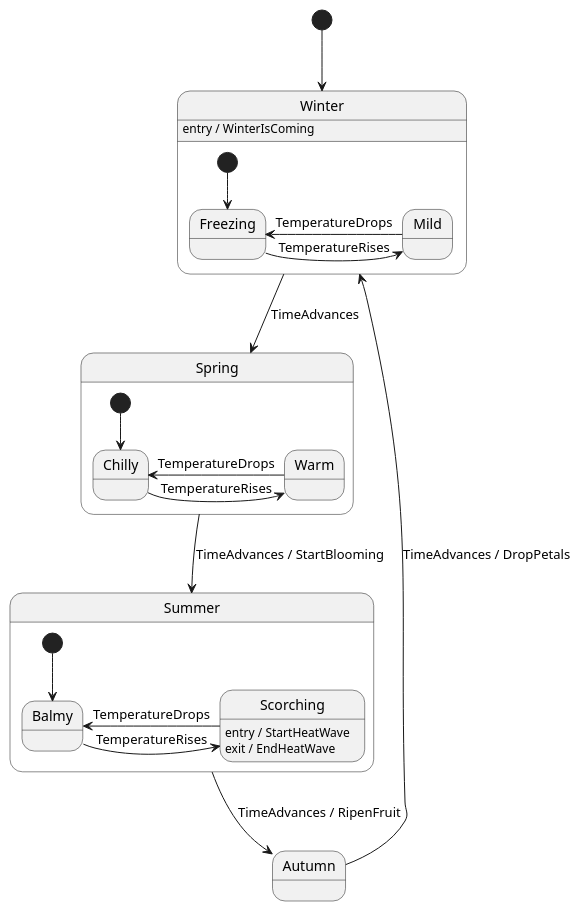
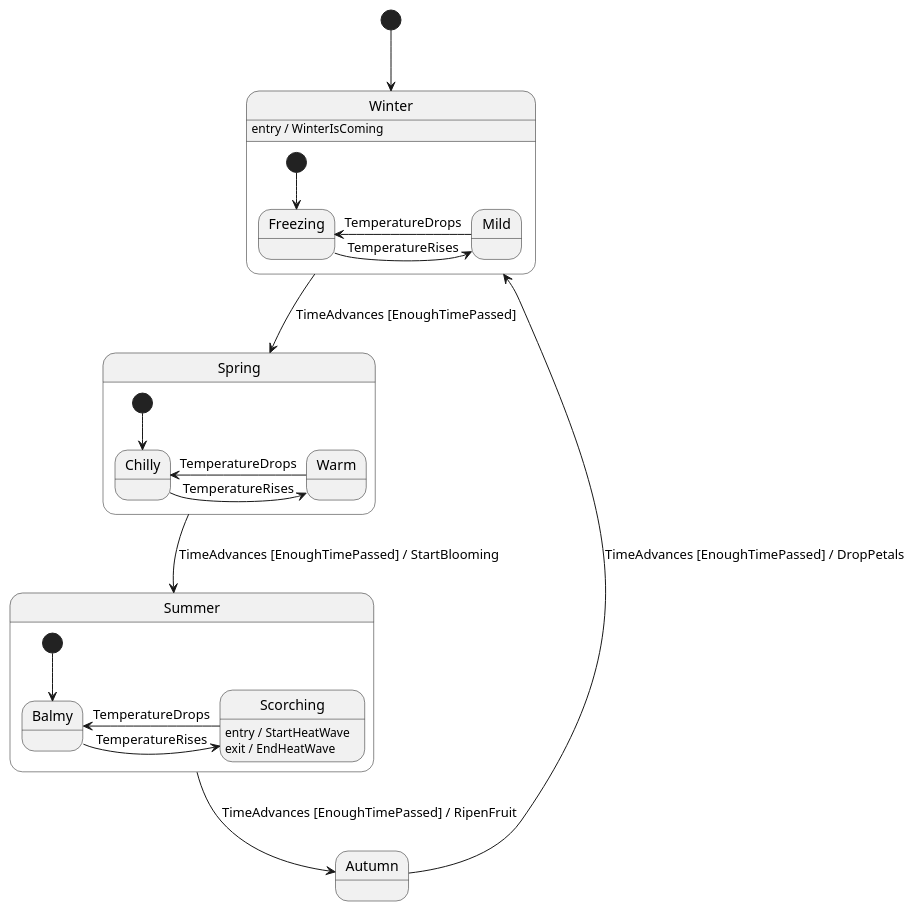
Before and after one commit to TobTheRock/phytofsm: the sixth of 6 diagrams in README.md, drawn with PlantUML. The commit also changed other lines of this file and 26 other files, not shown here.

````diff
--- a/README.md
+++ b/README.md
@@ -143,40 +166,40 @@
 ```puml
 @startuml PlantFsm
 
 state Winter {
   Winter: entry / WinterIsComing
 
   state Freezing
   state Mild
 
   [*] --> Freezing
   Freezing -> Mild: TemperatureRises
   Mild -> Freezing: TemperatureDrops
 }
 
 state Spring {
   state Chilly
   state Warm
   [*] --> Chilly
   Chilly -> Warm: TemperatureRises
   Warm -> Chilly: TemperatureDrops
 }
 
 state Summer {
   state Balmy
   state Scorching: entry / StartHeatWave
   state Scorching: exit / EndHeatWave
 
   [*] --> Balmy
   Balmy -> Scorching: TemperatureRises
   Scorching -> Balmy: TemperatureDrops
 }
 
 [*] --> Winter
-Winter --> Spring : TimeAdvances
-Spring --> Summer : TimeAdvances / StartBlooming
-Summer --> Autumn : TimeAdvances / RipenFruit
-Autumn --> Winter : TimeAdvances / DropPetals
+Winter --> Spring : TimeAdvances [EnoughTimePassed]
+Spring --> Summer : TimeAdvances [EnoughTimePassed] / StartBlooming
+Summer --> Autumn : TimeAdvances [EnoughTimePassed] / RipenFruit
+Autumn --> Winter : TimeAdvances [EnoughTimePassed] / DropPetals
 
 @enduml
 ```
````
